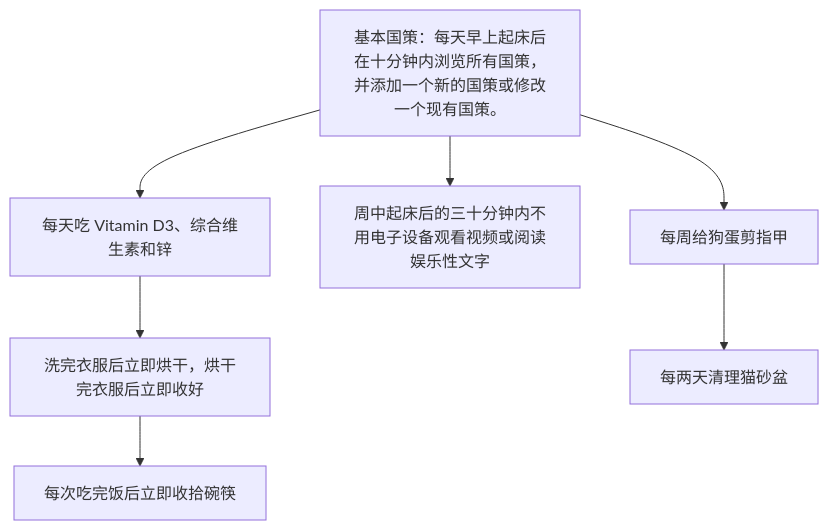
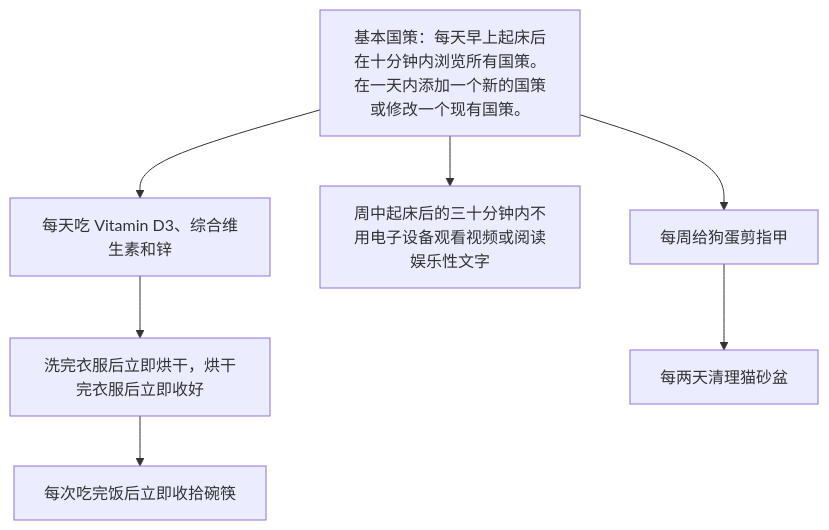
One commit to HeavyWhale/RSIP changed the diagram in national_policies.mermaid. Above: the diagram before and after it, drawn with Mermaid.

```diff
--- a/national_policies.mermaid
+++ b/national_policies.mermaid
@@ -1,8 +1,8 @@
 graph TD
-    A[基本国策：每天早上起床后在十分钟内浏览所有国策，并添加一个新的国策或修改一个现有国策。]
+    A[基本国策：每天早上起床后在十分钟内浏览所有国策。在一天内添加一个新的国策或修改一个现有国策。]
     A --> B[每天吃 Vitamin D3、综合维生素和锌]
     B --> BA[洗完衣服后立即烘干，烘干完衣服后立即收好]
     BA --> BAA[每次吃完饭后立即收拾碗筷]
     A --> C[周中起床后的三十分钟内不用电子设备观看视频或阅读娱乐性文字]
     A --> D[每周给狗蛋剪指甲]
     D --> DA[每两天清理猫砂盆]
```
